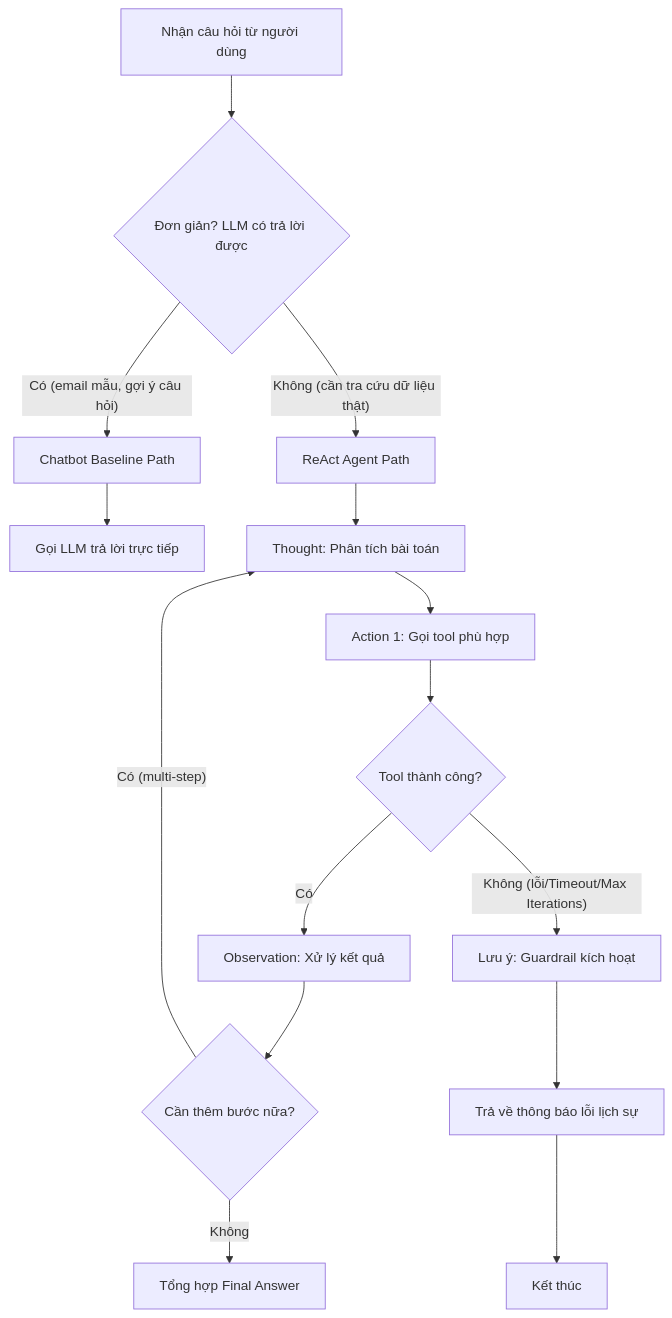
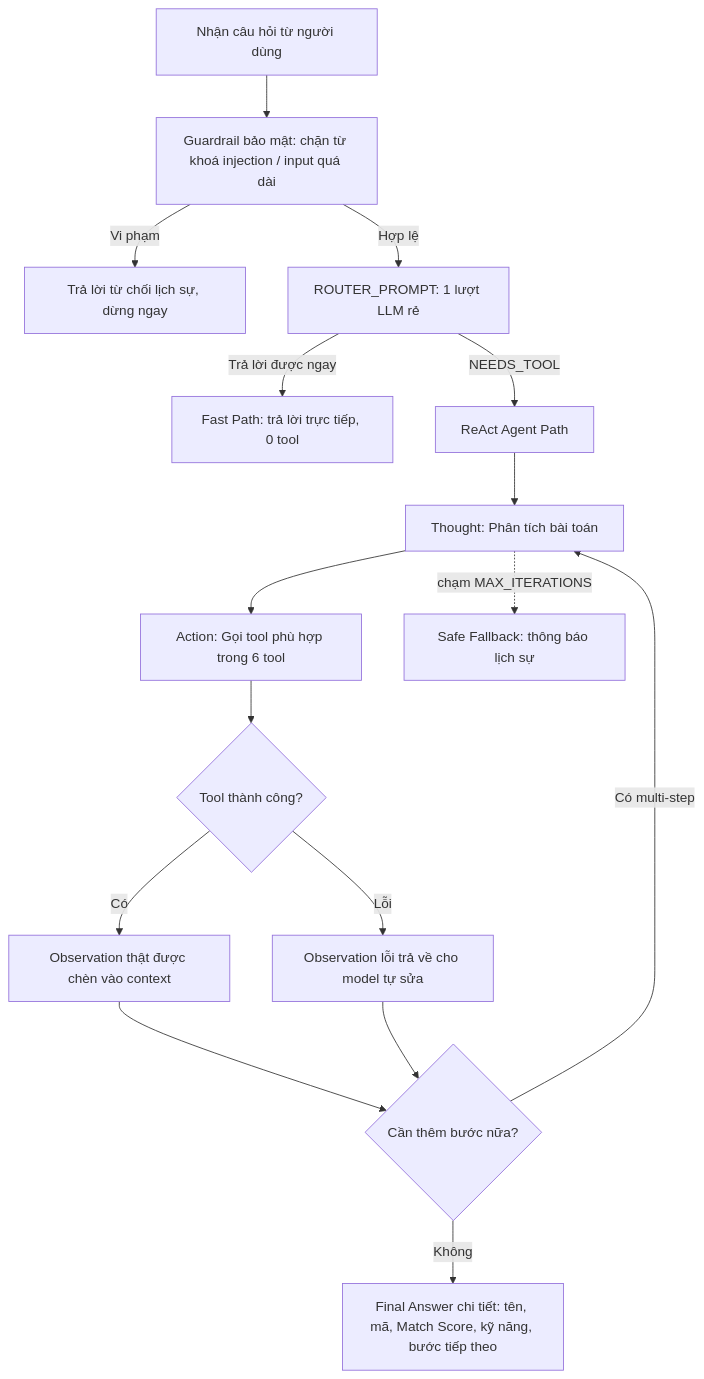
One commit to ronaldat3737a/K4_Day03_2A202601526_NguyenCongDat changed the diagram in docs/trace_eval.md. Above: the diagram before and after it, drawn with Mermaid. The commit also changed other lines of this file, not shown here.

````diff
--- a/docs/trace_eval.md
+++ b/docs/trace_eval.md
@@ -117,17 +161,18 @@
 ```mermaid
 flowchart TD
-    A[Nhận câu hỏi từ người dùng] --> B{Đơn giản? LLM có trả lời được}
-    B -- Có (email mẫu, gợi ý câu hỏi) --> C[Chatbot Baseline Path]
-    B -- Không (cần tra cứu dữ liệu thật) --> D[ReAct Agent Path]
-    C --> E[Gọi LLM trả lời trực tiếp]
+    A[Nhận câu hỏi từ người dùng] --> Z[Guardrail bảo mật: chặn từ khoá injection / input quá dài]
+    Z -- Vi phạm --> ZZ[Trả lời từ chối lịch sự, dừng ngay]
+    Z -- Hợp lệ --> B[ROUTER_PROMPT: 1 lượt LLM rẻ]
+    B -- Trả lời được ngay --> C[Fast Path: trả lời trực tiếp, 0 tool]
+    B -- "NEEDS_TOOL" --> D[ReAct Agent Path]
     D --> F[Thought: Phân tích bài toán]
-    F --> G[Action 1: Gọi tool phù hợp]
+    F --> G[Action: Gọi tool phù hợp trong 6 tool]
     G --> H{Tool thành công?}
-    H -- Có --> I[Observation: Xử lý kết quả]
+    H -- Có --> I[Observation thật được chèn vào context]
     I --> J{Cần thêm bước nữa?}
-    J -- Có (multi-step) --> F
-    J -- Không --> K[Tổng hợp Final Answer]
-    H -- Không (lỗi/Timeout/Max Iterations) --> L[Lưu ý: Guardrail kích hoạt]
-    L --> M[Trả về thông báo lỗi lịch sự]
-    M --> N[Kết thúc]
+    J -- Có multi-step --> F
+    J -- Không --> K[Final Answer chi tiết: tên, mã, Match Score, kỹ năng, bước tiếp theo]
+    H -- Lỗi --> L[Observation lỗi trả về cho model tự sửa]
+    L --> J
+    F -. chạm MAX_ITERATIONS .-> M[Safe Fallback: thông báo lịch sự]
 ```
````
